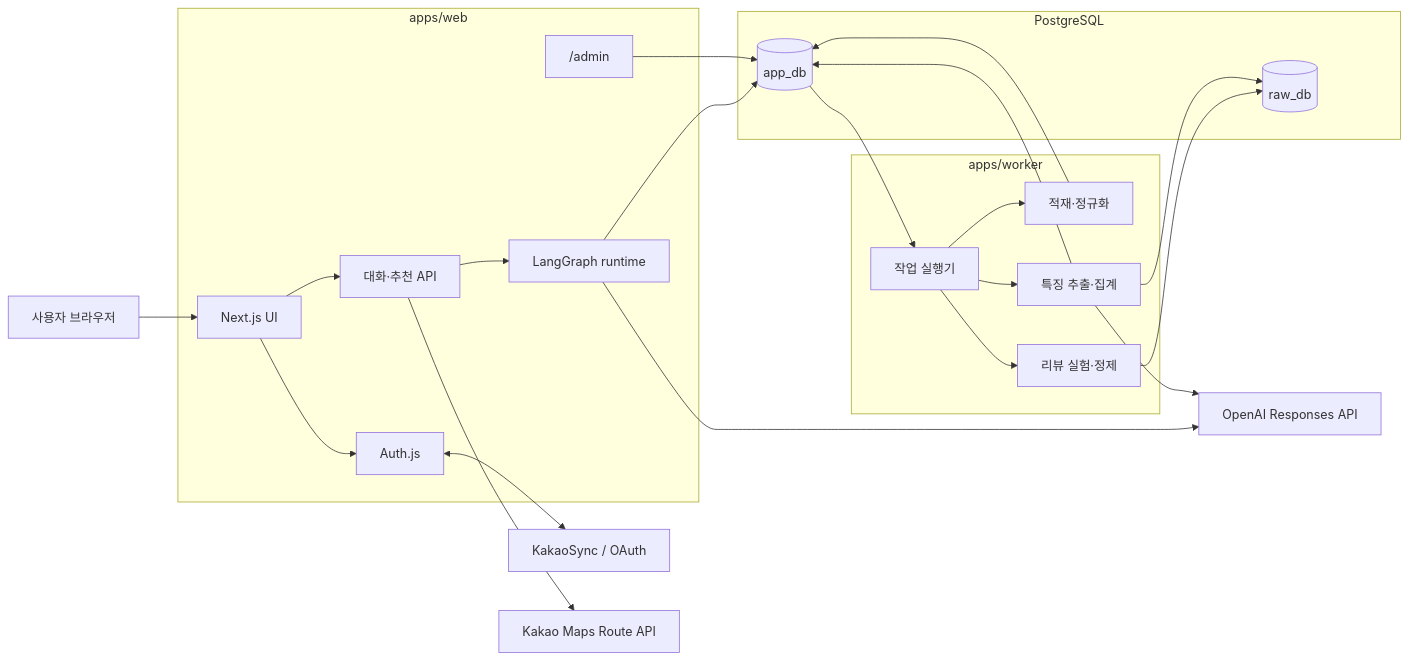
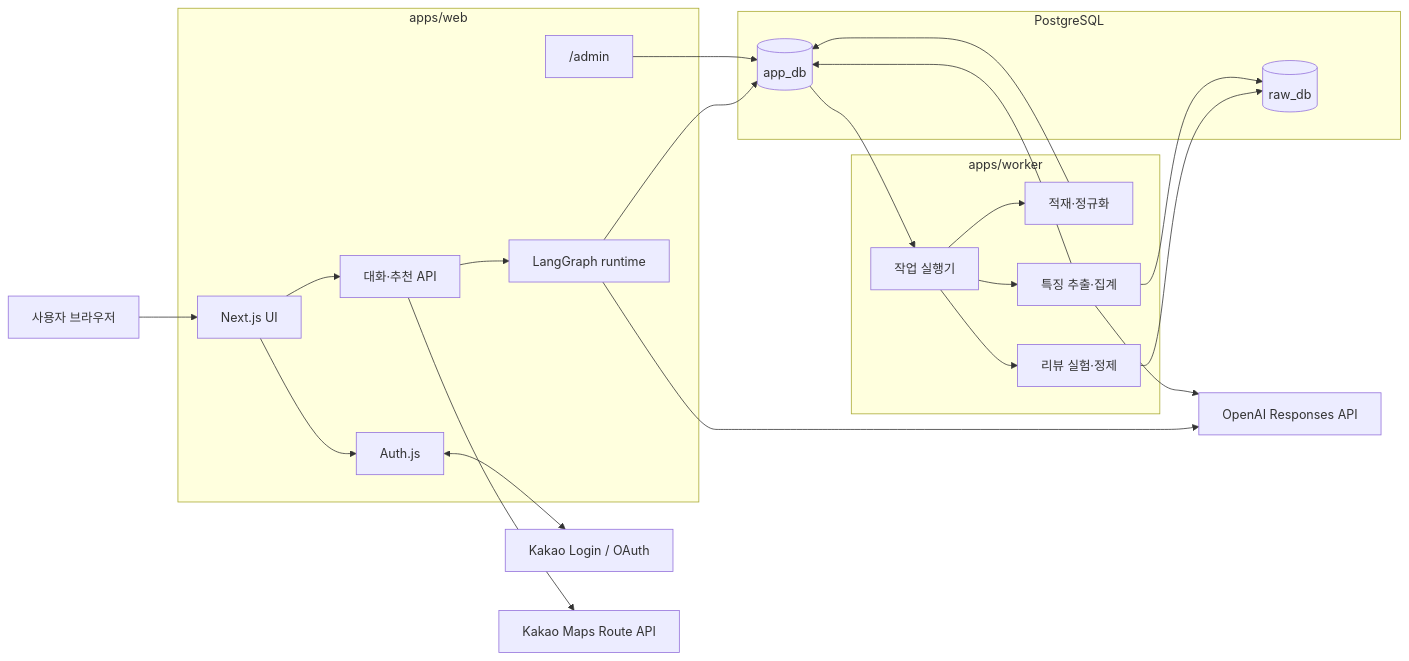
Before and after one commit to minhyeok328/Bread_map: the first of 4 diagrams in docs/04-architecture/system-architecture.md, drawn with Mermaid. The commit also changed other lines of this file and 8 other files, not shown here.

First line of the commit message:
docs(architecture): define data and trust boundaries

````diff
--- a/docs/04-architecture/system-architecture.md
+++ b/docs/04-architecture/system-architecture.md
@@ -23,46 +23,46 @@
 ```mermaid
 flowchart LR
     U["사용자 브라우저"]
-    A["KakaoSync / OAuth"]
+    A["Kakao Login / OAuth"]
     K["Kakao Maps Route API"]
     O["OpenAI Responses API"]
 
     subgraph WEB["apps/web"]
       UI["Next.js UI"]
       AUTH["Auth.js"]
       API["대화·추천 API"]
       GRAPH["LangGraph runtime"]
       ADMIN["/admin"]
     end
 
     subgraph DATA["PostgreSQL"]
       APP[("app_db")]
       RAW[("raw_db")]
     end
 
     subgraph WORKER["apps/worker"]
       JOB["작업 실행기"]
       INGEST["적재·정규화"]
       REVIEW["리뷰 실험·정제"]
       EXTRACT["특징 추출·집계"]
     end
 
     U --> UI
     UI --> AUTH
     AUTH <--> A
     UI --> API
     API --> GRAPH
     GRAPH --> APP
     API --> K
     GRAPH --> O
     ADMIN --> APP
     APP --> JOB
     JOB --> INGEST
     JOB --> REVIEW
     JOB --> EXTRACT
     INGEST --> APP
     REVIEW --> RAW
     EXTRACT --> RAW
     EXTRACT --> O
     EXTRACT --> APP
 ```
````
